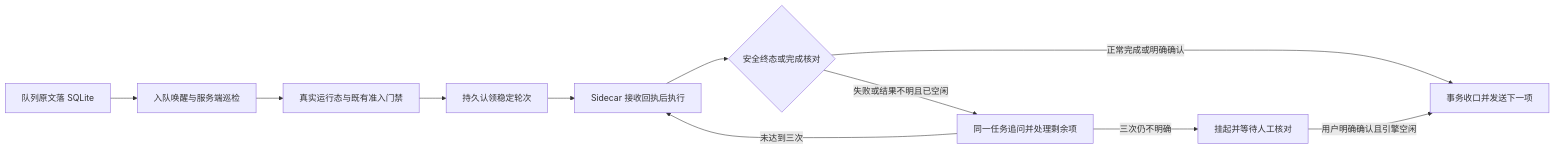
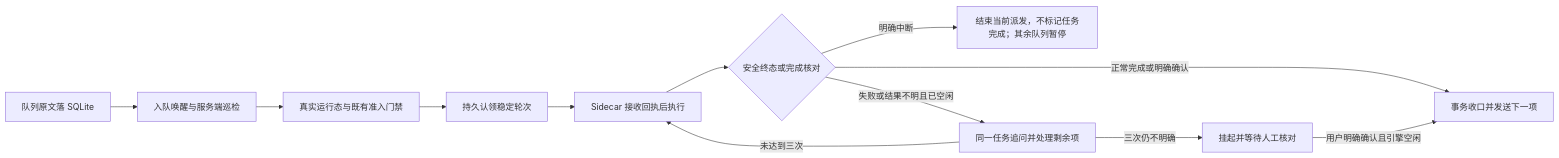
Before and after one commit to exception-coder/kai-toolbox: diagram 34 of 44 in docs/ai-coding-architecture.md, drawn with Mermaid. The commit also changed other lines of this file and 4 other files, not shown here.

````diff
--- a/docs/ai-coding-architecture.md
+++ b/docs/ai-coding-architecture.md
@@ -909,13 +909,14 @@
 ```mermaid
 flowchart LR
     SAVE[队列原文落 SQLite] --> WAKE[入队唤醒与服务端巡检]
     WAKE --> GATE[真实运行态与既有准入门禁]
     GATE --> CLAIM[持久认领稳定轮次]
     CLAIM --> RECEIPT[Sidecar 接收回执后执行]
     RECEIPT --> DONE{安全终态或完成核对}
     DONE -->|正常完成或明确确认| NEXT[事务收口并发送下一项]
+    DONE -->|明确中断| CANCEL[结束当前派发，不标记任务完成；其余队列暂停]
     DONE -->|失败或结果不明且已空闲| ASK[同一任务追问并处理剩余项]
     ASK -->|未达到三次| RECEIPT
     ASK -->|三次仍不明确| HOLD[挂起并等待人工核对]
     HOLD -->|用户明确确认且引擎空闲| NEXT
 ```
````
